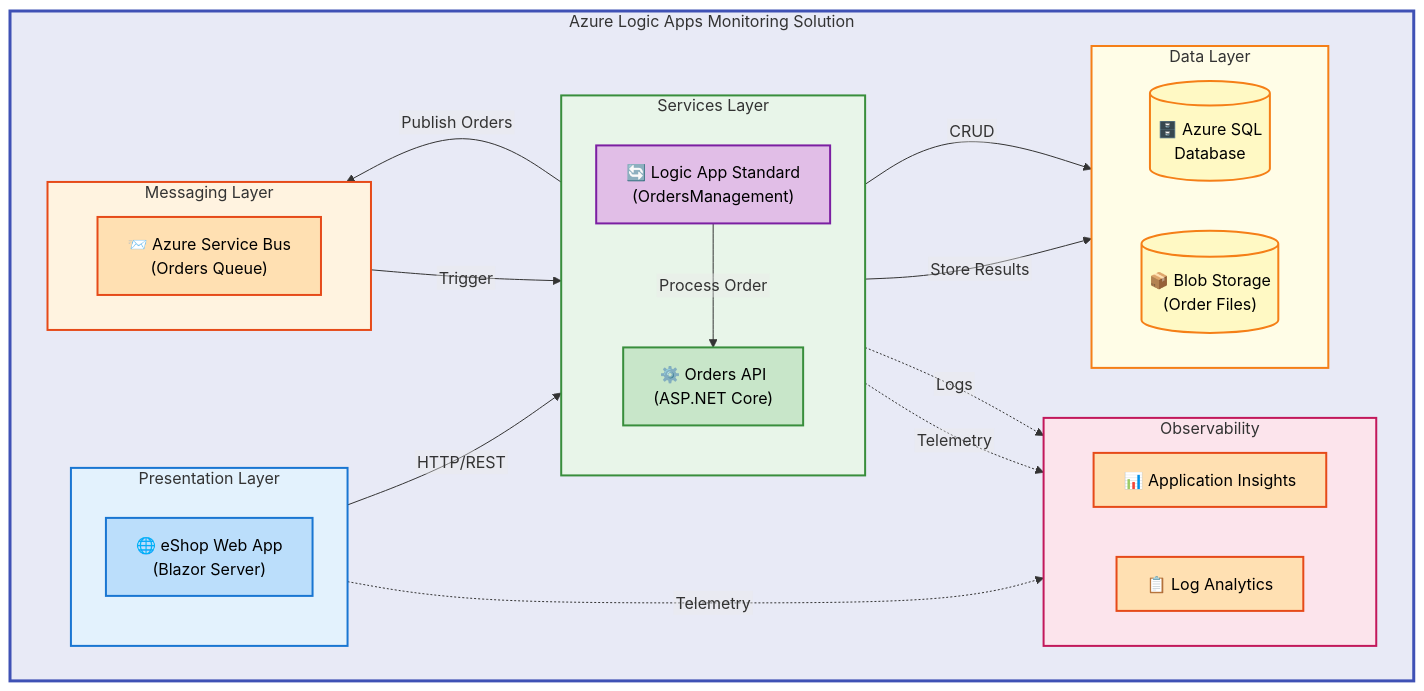
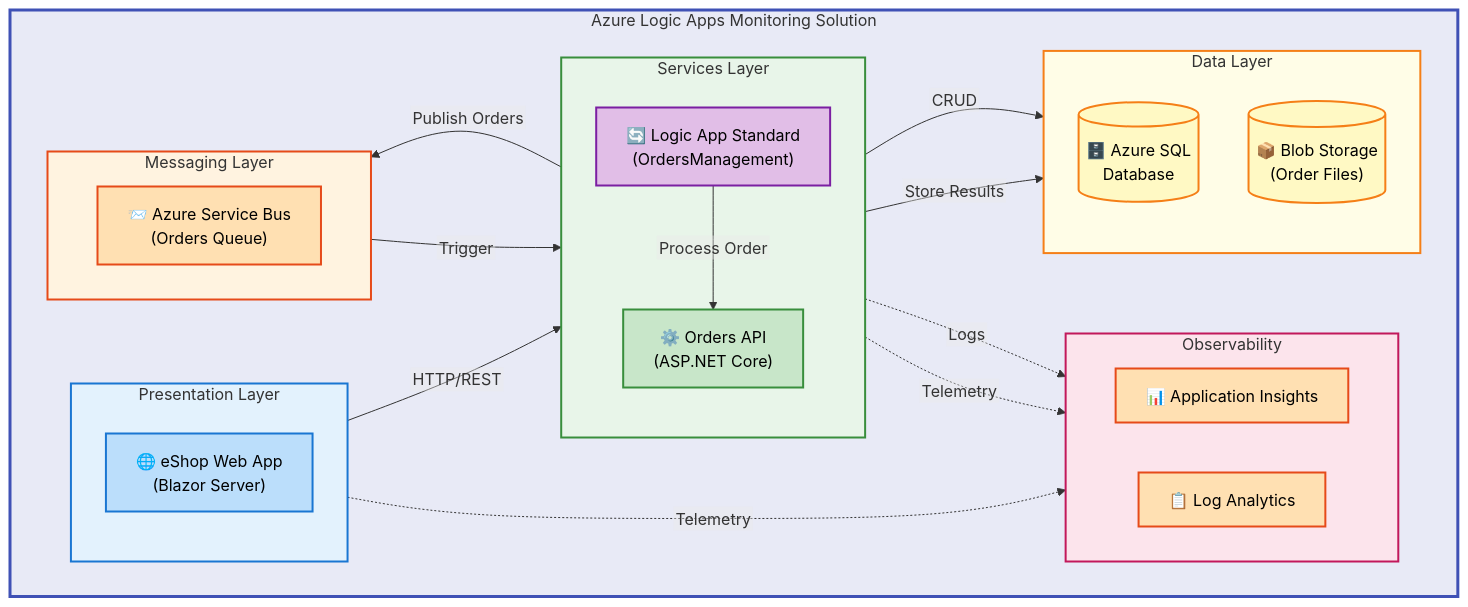
The diagram in README.md (Evilazaro/Azure-LogicApps-Monitoring), drawn with Mermaid before and after one commit.

Commit message:
Refactor README.md: change flowchart direction from left-right to bottom-top for consistency

````diff
--- a/README.md
+++ b/README.md
@@ -38,58 +38,58 @@
 ```mermaid
 %%{init: {"flowchart": {"htmlLabels": false}} }%%
 flowchart TD
     classDef mdBlue fill:#BBDEFB,stroke:#1976D2,stroke-width:2px,color:#000
     classDef mdGreen fill:#C8E6C9,stroke:#388E3C,stroke-width:2px,color:#000
     classDef mdOrange fill:#FFE0B2,stroke:#E64A19,stroke-width:2px,color:#000
     classDef mdPurple fill:#E1BEE7,stroke:#7B1FA2,stroke-width:2px,color:#000
     classDef mdYellow fill:#FFF9C4,stroke:#F57F17,stroke-width:2px,color:#000
 
     subgraph system["Azure Logic Apps Monitoring Solution"]
 
         subgraph presentation["Presentation Layer"]
             direction TB
             webApp["🌐 eShop Web App<br/>(Blazor Server)"]:::mdBlue
         end
 
         subgraph services["Services Layer"]
             direction TB
             ordersApi["⚙️ Orders API<br/>(ASP.NET Core)"]:::mdGreen
             logicApp["🔄 Logic App Standard<br/>(OrdersManagement)"]:::mdPurple
         end
 
         subgraph messaging["Messaging Layer"]
             direction LR
             serviceBus["📨 Azure Service Bus<br/>(Orders Queue)"]:::mdOrange
         end
 
         subgraph data["Data Layer"]
-            direction LR
+            direction BT
             sqlDb[("🗄️ Azure SQL<br/>Database")]:::mdYellow
             blobStorage[("📦 Blob Storage<br/>(Order Files)")]:::mdYellow
         end
 
         subgraph observability["Observability"]
             direction LR
             appInsights["📊 Application Insights"]:::mdOrange
             logAnalytics["📋 Log Analytics"]:::mdOrange
         end
 
         webApp -->|"HTTP/REST"| ordersApi
         ordersApi -->|"Publish Orders"| serviceBus
         serviceBus -->|"Trigger"| logicApp
         logicApp -->|"Process Order"| ordersApi
         logicApp -->|"Store Results"| blobStorage
         ordersApi -->|"CRUD"| sqlDb
 
         webApp -.->|"Telemetry"| appInsights
         ordersApi -.->|"Telemetry"| appInsights
         logicApp -.->|"Logs"| logAnalytics
     end
 
     style system fill:#E8EAF6,stroke:#3F51B5,stroke-width:3px
     style presentation fill:#E3F2FD,stroke:#1976D2,stroke-width:2px
     style services fill:#E8F5E9,stroke:#388E3C,stroke-width:2px
     style messaging fill:#FFF3E0,stroke:#E64A19,stroke-width:2px
     style data fill:#FFFDE7,stroke:#F57F17,stroke-width:2px
     style observability fill:#FCE4EC,stroke:#C2185B,stroke-width:2px
 ```
````
